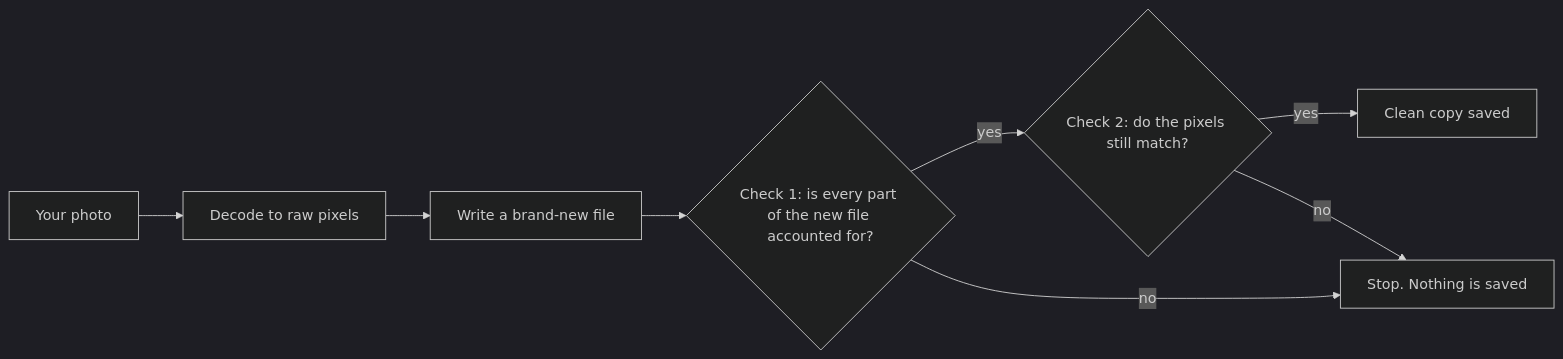
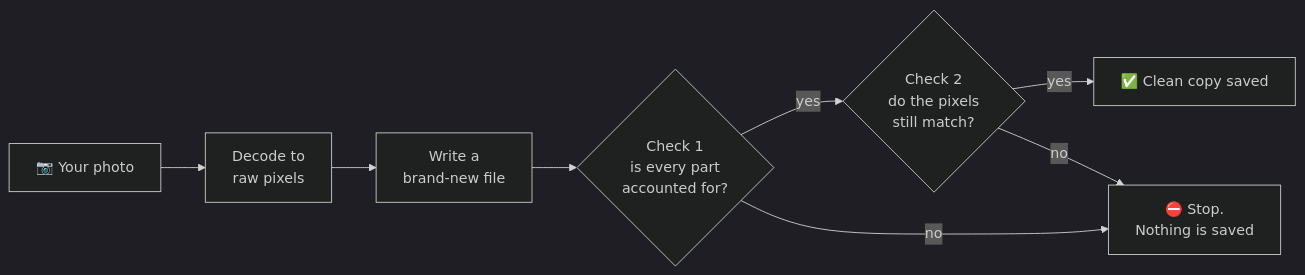
One commit to lloydsato/imgstrip changed the diagram in README.md. Above: the diagram before and after it, drawn with Mermaid (dark theme). The commit also changed other lines of this file, not shown here.

````diff
--- a/README.md
+++ b/README.md
@@ -73,10 +125,10 @@
 ```mermaid
 flowchart LR
-    A[Your photo] --> B[Decode to raw pixels]
-    B --> C[Write a brand-new file]
-    C --> D{Check 1: is every part of the new file accounted for?}
-    D -->|yes| E{Check 2: do the pixels still match?}
-    D -->|no| X[Stop. Nothing is saved]
-    E -->|yes| F[Clean copy saved]
+    A["📷 Your photo"] --> B["Decode to<br/>raw pixels"]
+    B --> C["Write a<br/>brand-new file"]
+    C --> D{"Check 1<br/>is every part<br/>accounted for?"}
+    D -->|yes| E{"Check 2<br/>do the pixels<br/>still match?"}
+    D -->|no| X["⛔ Stop.<br/>Nothing is saved"]
+    E -->|yes| F["✅ Clean copy saved"]
     E -->|no| X
 ```
````
